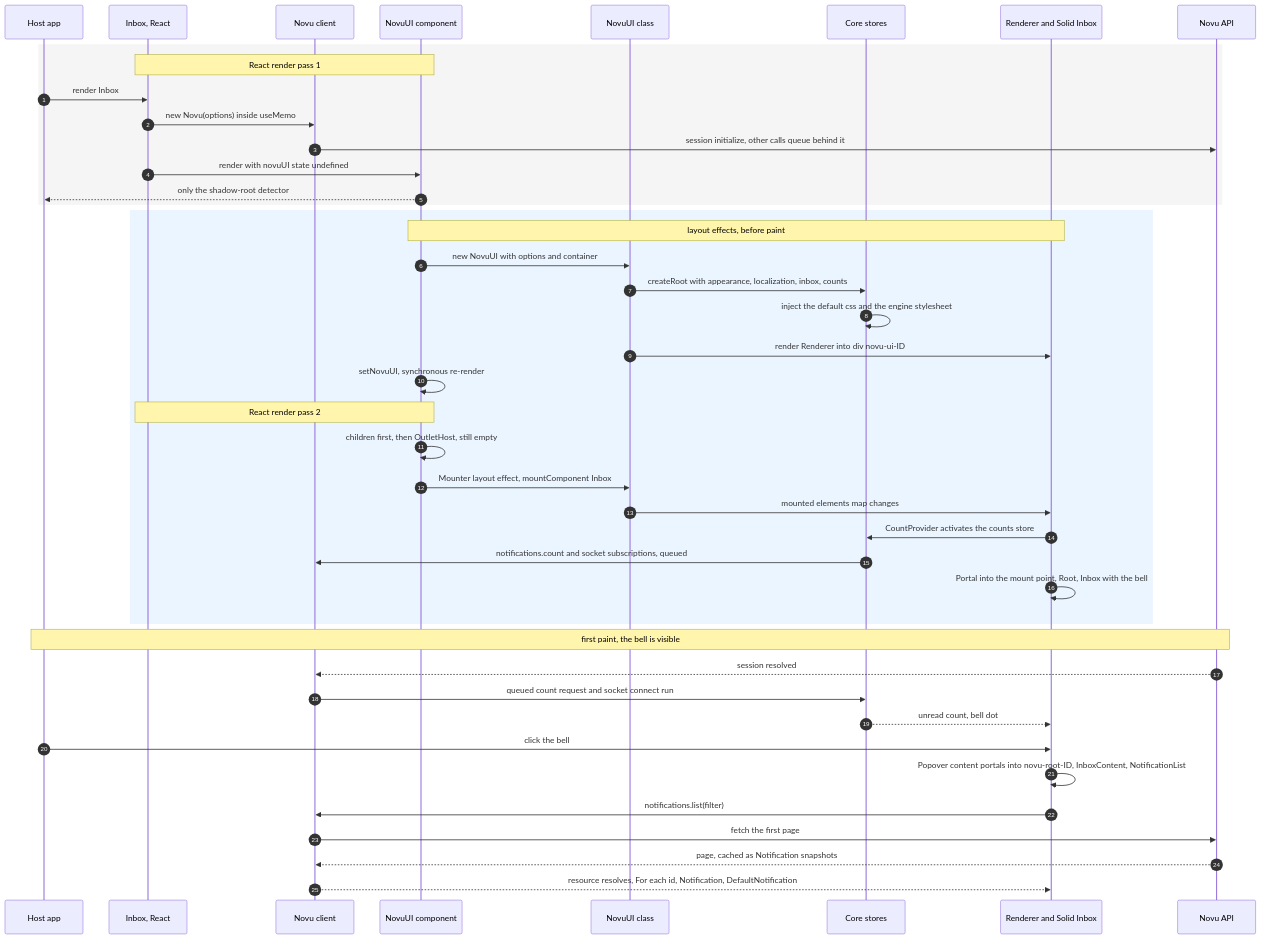
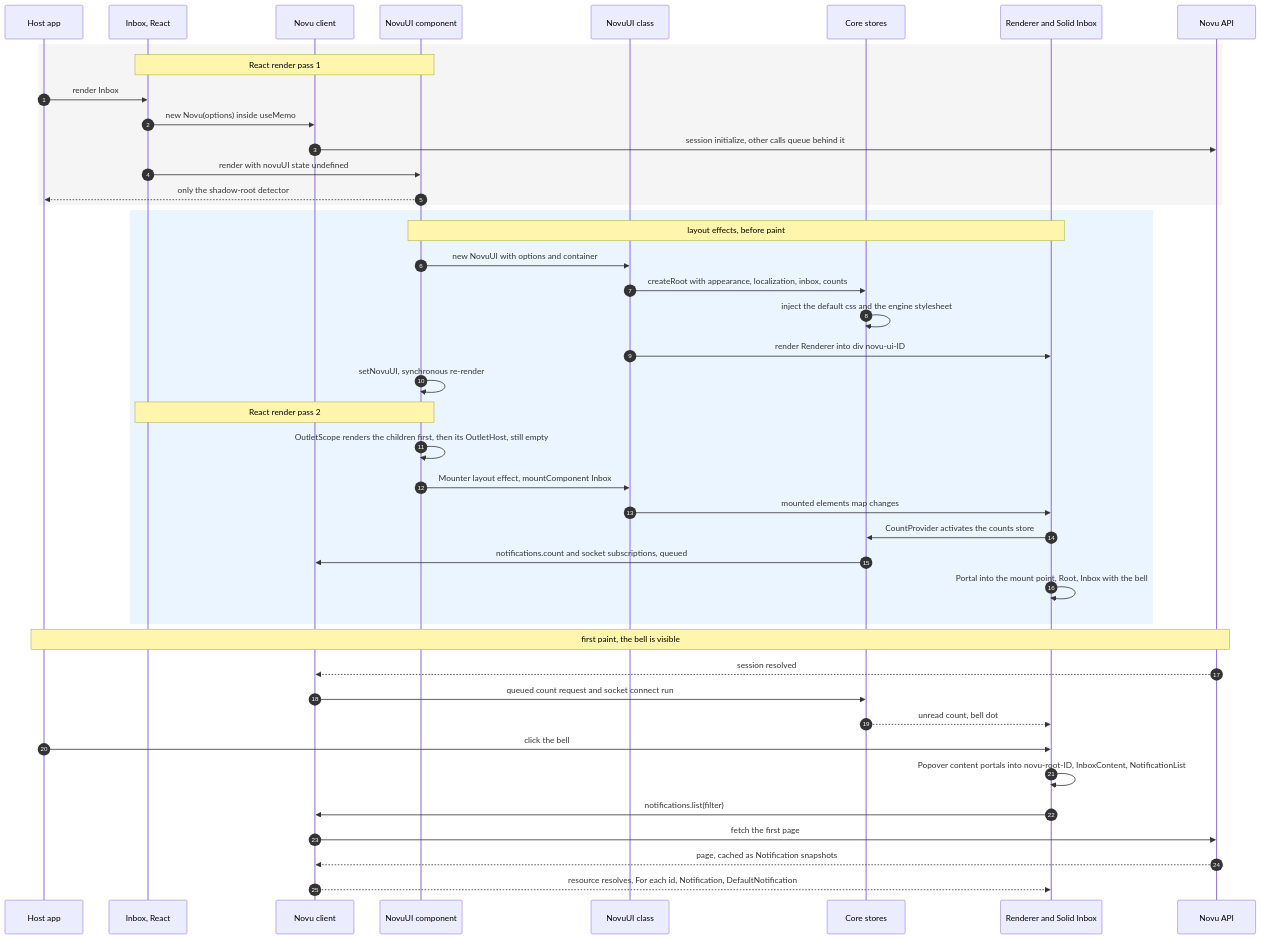
The second of 6 diagrams in packages/js/docs/inbox-rendering-flows.md (novuhq/novu), drawn with Mermaid before and after one commit. The commit also changed other lines of this file and 16 other files, not shown here.

````diff
--- a/packages/js/docs/inbox-rendering-flows.md
+++ b/packages/js/docs/inbox-rendering-flows.md
@@ -56,46 +57,46 @@
 ```mermaid
 sequenceDiagram
   autonumber
   participant App as Host app
   participant RI as Inbox, React
   participant Client as Novu client
   participant RN as NovuUI component
   participant EN as NovuUI class
   participant Core as Core stores
   participant SE as Renderer and Solid Inbox
   participant API as Novu API
 
   rect rgb(245, 245, 245)
     note over RI,RN: React render pass 1
     App->>RI: render Inbox
     RI->>Client: new Novu(options) inside useMemo
     Client->>API: session initialize, other calls queue behind it
     RI->>RN: render with novuUI state undefined
     RN-->>App: only the shadow-root detector
   end
   rect rgb(235, 245, 255)
     note over RN,SE: layout effects, before paint
     RN->>EN: new NovuUI with options and container
     EN->>Core: createRoot with appearance, localization, inbox, counts
     Core->>Core: inject the default css and the engine stylesheet
     EN->>SE: render Renderer into div novu-ui-ID
     RN->>RN: setNovuUI, synchronous re-render
     note over RI,RN: React render pass 2
-    RN->>RN: children first, then OutletHost, still empty
+    RN->>RN: OutletScope renders the children first, then its OutletHost, still empty
     RN->>EN: Mounter layout effect, mountComponent Inbox
     EN->>SE: mounted elements map changes
     SE->>Core: CountProvider activates the counts store
     Core->>Client: notifications.count and socket subscriptions, queued
     SE->>SE: Portal into the mount point, Root, Inbox with the bell
   end
   note over App,API: first paint, the bell is visible
   API-->>Client: session resolved
   Client->>Core: queued count request and socket connect run
   Core-->>SE: unread count, bell dot
   App->>SE: click the bell
   SE->>SE: Popover content portals into novu-root-ID, InboxContent, NotificationList
   SE->>Client: notifications.list(filter)
   Client->>API: fetch the first page
   API-->>Client: page, cached as Notification snapshots
   Client-->>SE: resource resolves, For each id, Notification, DefaultNotification
 ```
````
